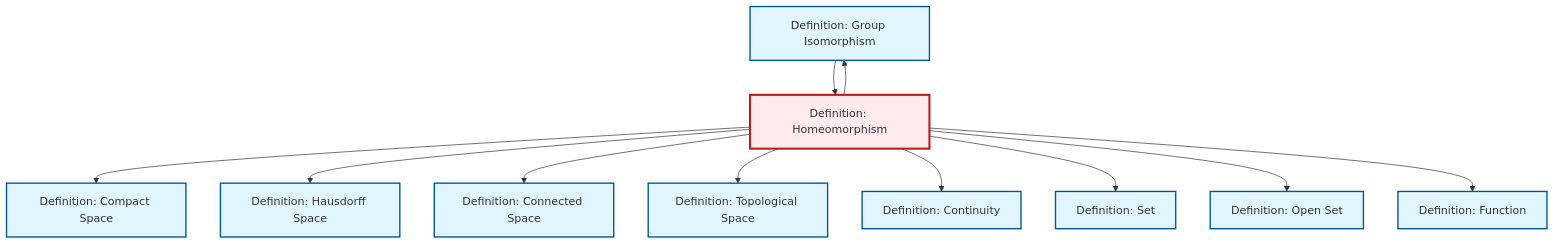
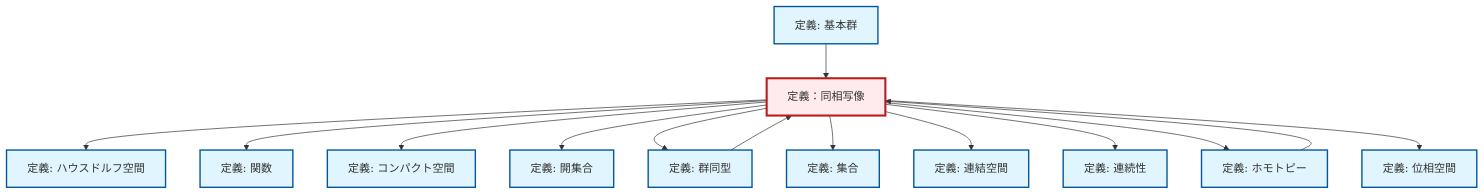
Before and after one commit to RK0429/ModernMath: the diagram in content/ja/topology/def-homeomorphism.qmd, drawn with Mermaid. The commit also changed 1069 other files, not shown here.

````diff
--- a/content/ja/topology/def-homeomorphism.qmd
+++ b/content/ja/topology/def-homeomorphism.qmd
@@ -104,39 +104,46 @@
 ```{mermaid}
 %%| fig-cap: "Local dependency graph"
 graph TD
     classDef definition fill:#e1f5fe,stroke:#01579b,stroke-width:2px
     classDef theorem fill:#f3e5f5,stroke:#4a148c,stroke-width:2px
     classDef axiom fill:#fff3e0,stroke:#e65100,stroke-width:2px
     classDef example fill:#e8f5e9,stroke:#1b5e20,stroke-width:2px
     classDef current fill:#ffebee,stroke:#b71c1c,stroke-width:3px
-    def-set["Definition: Set"]:::definition
-    def-connected["Definition: Connected Space"]:::definition
-    def-isomorphism["Definition: Group Isomorphism"]:::definition
-    def-continuity["Definition: Continuity"]:::definition
-    def-open-set["Definition: Open Set"]:::definition
-    def-hausdorff["Definition: Hausdorff Space"]:::definition
-    def-homeomorphism["Definition: Homeomorphism"]:::definition
-    def-function["Definition: Function"]:::definition
-    def-compact["Definition: Compact Space"]:::definition
-    def-topological-space["Definition: Topological Space"]:::definition
+    def-set["定義: 集合"]:::definition
+    def-fundamental-group["定義: 基本群"]:::definition
+    def-function["定義: 関数"]:::definition
+    def-homeomorphism["定義：同相写像"]:::definition
+    def-connected["定義: 連結空間"]:::definition
+    def-hausdorff["定義: ハウスドルフ空間"]:::definition
+    def-homotopy["定義: ホモトピー"]:::definition
+    def-isomorphism["定義: 群同型"]:::definition
+    def-open-set["定義: 開集合"]:::definition
+    def-topological-space["定義: 位相空間"]:::definition
+    def-continuity["定義: 連続性"]:::definition
+    def-compact["定義: コンパクト空間"]:::definition
+    def-homeomorphism --> def-hausdorff
+    def-isomorphism --> def-homeomorphism
+    def-homeomorphism --> def-function
     def-homeomorphism --> def-compact
-    def-homeomorphism --> def-hausdorff
+    def-homeomorphism --> def-open-set
+    def-homeomorphism --> def-isomorphism
+    def-homeomorphism --> def-set
+    def-homotopy --> def-homeomorphism
     def-homeomorphism --> def-connected
-    def-homeomorphism --> def-isomorphism
+    def-homeomorphism --> def-continuity
+    def-homeomorphism --> def-homotopy
     def-homeomorphism --> def-topological-space
-    def-homeomorphism --> def-continuity
-    def-homeomorphism --> def-set
-    def-isomorphism --> def-homeomorphism
-    def-homeomorphism --> def-open-set
-    def-homeomorphism --> def-function
+    def-fundamental-group --> def-homeomorphism
     class def-homeomorphism current
-    click def-set "def-set.html" "Definition: Setへ"
-    click def-connected "def-connected.html" "Definition: Connected Spaceへ"
-    click def-isomorphism "def-isomorphism.html" "Definition: Group Isomorphismへ"
-    click def-continuity "def-continuity.html" "Definition: Continuityへ"
-    click def-open-set "def-open-set.html" "Definition: Open Setへ"
-    click def-hausdorff "def-hausdorff.html" "Definition: Hausdorff Spaceへ"
-    click def-function "def-function.html" "Definition: Functionへ"
-    click def-compact "def-compact.html" "Definition: Compact Spaceへ"
-    click def-topological-space "def-topological-space.html" "Definition: Topological Spaceへ"
+    click def-set "def-set.html" "集合の定義へ"
+    click def-fundamental-group "def-fundamental-group.html" "基本群の定義へ"
+    click def-function "def-function.html" "関数の定義へ"
+    click def-connected "def-connected.html" "連結空間の定義へ"
+    click def-hausdorff "def-hausdorff.html" "ハウスドルフ空間の定義へ"
+    click def-homotopy "def-homotopy.html" "ホモトピーの定義へ"
+    click def-isomorphism "def-isomorphism.html" "群同型の定義へ"
+    click def-open-set "def-open-set.html" "開集合の定義へ"
+    click def-topological-space "def-topological-space.html" "位相空間の定義へ"
+    click def-continuity "def-continuity.html" "連続性の定義へ"
+    click def-compact "def-compact.html" "コンパクト空間の定義へ"
 ```
````
